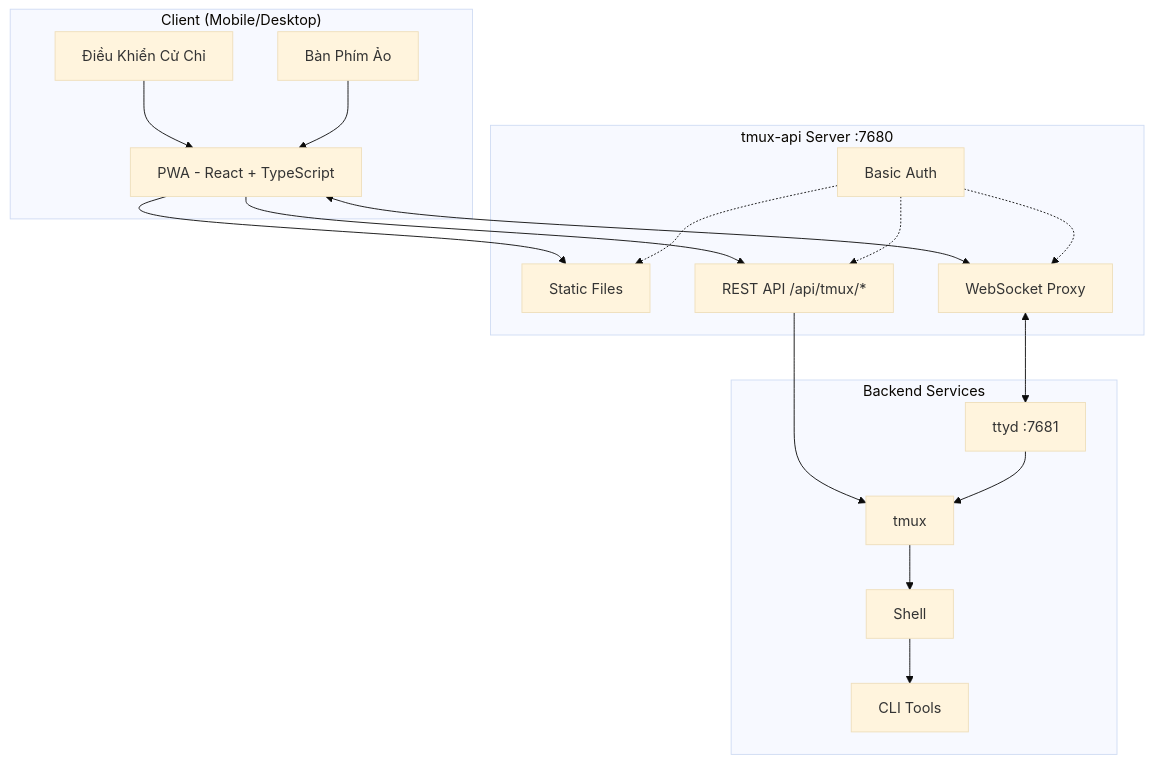
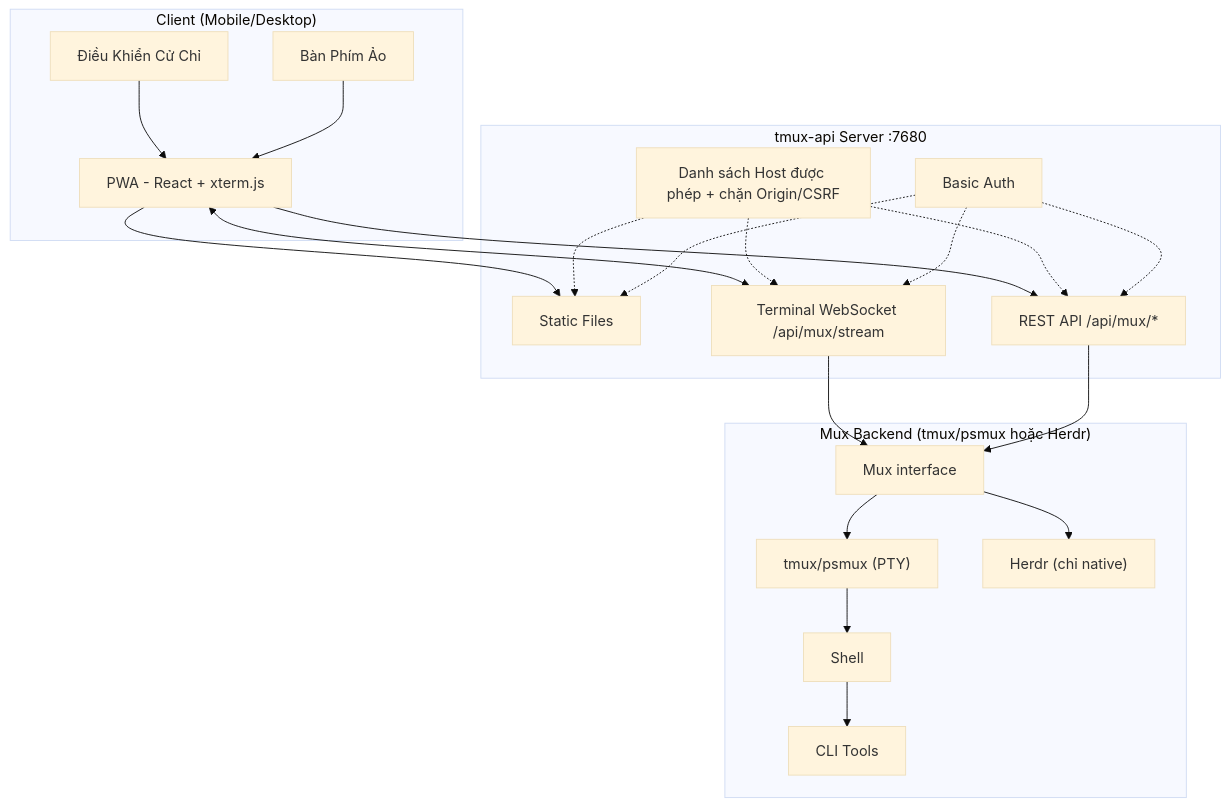
Before and after one commit to lamngockhuong/termote: the first of 2 diagrams in README.vi.md, drawn with Mermaid (base theme). The commit also changed other lines of this file and 16 other files, not shown here.

````diff
--- a/README.vi.md
+++ b/README.vi.md
@@ -58,32 +59,36 @@
 ```mermaid
 flowchart TB
     subgraph Client["Client (Mobile/Desktop)"]
-        PWA["PWA - React + TypeScript"]
+        PWA["PWA - React + xterm.js"]
         Gestures["Điều Khiển Cử Chỉ"]
         Keyboard["Bàn Phím Ảo"]
     end
 
     subgraph Server["tmux-api Server :7680"]
         Static["Static Files"]
-        Proxy["WebSocket Proxy"]
-        API["REST API /api/tmux/*"]
+        Stream["Terminal WebSocket /api/mux/stream"]
+        API["REST API /api/mux/*"]
+        Guard["Danh sách Host được phép + chặn Origin/CSRF"]
         Auth["Basic Auth"]
     end
 
-    subgraph Backend["Backend Services"]
-        ttyd["ttyd :7681"]
-        tmux["tmux"]
+    subgraph Backend["Mux Backend (tmux/psmux hoặc Herdr)"]
+        Mux["Mux interface"]
+        tmux["tmux/psmux (PTY)"]
+        herdr["Herdr (chỉ native)"]
         Shell["Shell"]
         Tools["CLI Tools"]
     end
 
     Gestures --> PWA
     Keyboard --> PWA
     PWA --> Static
-    PWA <--> Proxy
+    PWA <--> Stream
     PWA --> API
-    Auth -.-> Static & Proxy & API
-    Proxy <--> ttyd
-    API --> tmux
-    ttyd --> tmux --> Shell --> Tools
+    Guard -.-> Static & Stream & API
+    Auth -.-> Static & Stream & API
+    Stream --> Mux
+    API --> Mux
+    Mux --> tmux & herdr
+    tmux --> Shell --> Tools
 ```
````
